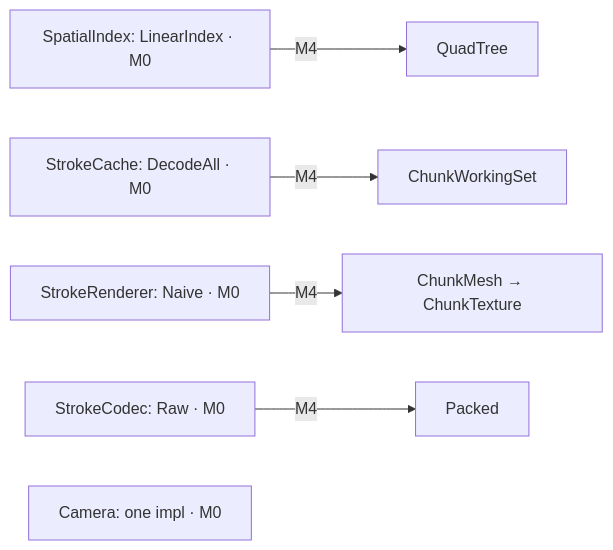
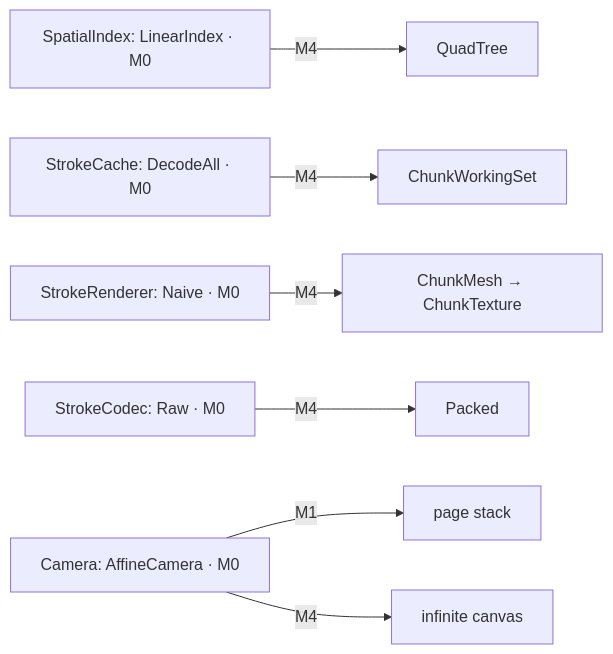
The second of 4 diagrams in docs/architecture.md (Student-Team-Projects/Most-Overkilled-Whiteboard-for-ArchLinux), drawn with Mermaid before and after one commit. The commit also changed other lines of this file and 41 other files, not shown here.

````diff
--- a/docs/architecture.md
+++ b/docs/architecture.md
@@ -27,8 +27,9 @@
 ```mermaid
 flowchart LR
     si0["SpatialIndex: LinearIndex · M0"] -->|M4| si1["QuadTree"]
     sc0["StrokeCache: DecodeAll · M0"] -->|M4| sc1["ChunkWorkingSet"]
     sr0["StrokeRenderer: Naive · M0"] -->|M4| sr1["ChunkMesh → ChunkTexture"]
     cd0["StrokeCodec: Raw · M0"] -->|M4| cd1["Packed"]
-    cam["Camera: one impl · M0"]
+    cam0["Camera: AffineCamera · M0"] -->|M1| cam1["page stack"]
+    cam0 -->|M4| cam2["infinite canvas"]
 ```
````
